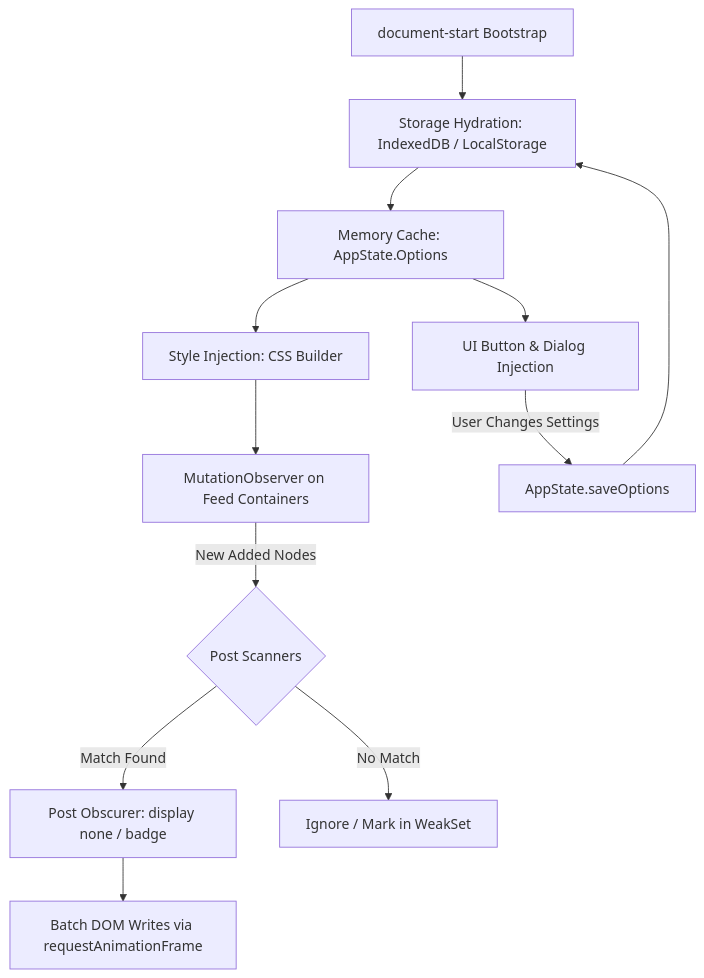
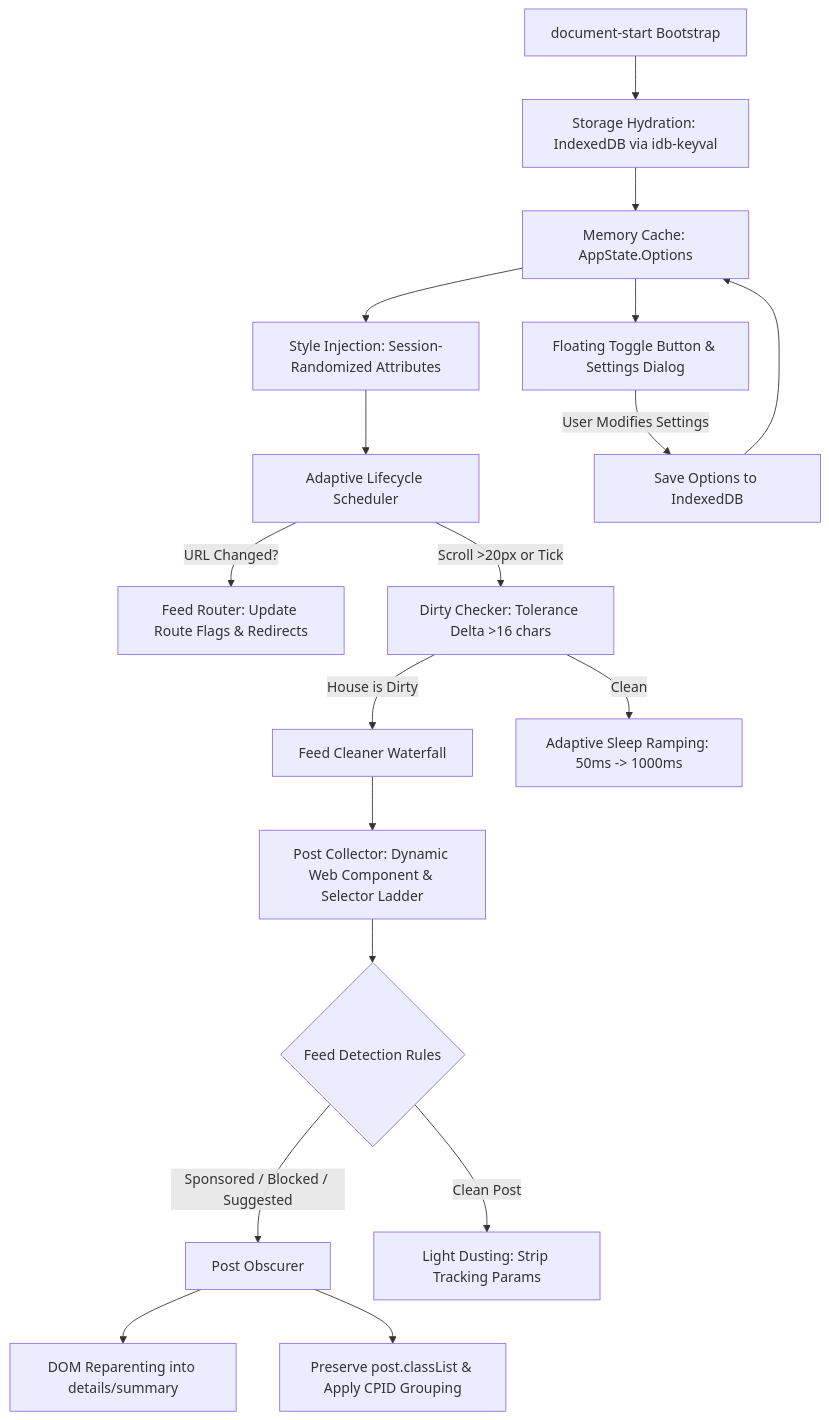
The diagram in docs/ARCHITECTURE.md (trinhquocviet/facebook-clean-my-feeds), drawn with Mermaid before and after one commit. The commit also changed other lines of this file and 34 other files, not shown here.

````diff
--- a/docs/ARCHITECTURE.md
+++ b/docs/ARCHITECTURE.md
@@ -7,14 +9,20 @@
 ```mermaid
 flowchart TD
-    A[document-start Bootstrap] --> B[Storage Hydration: IndexedDB / LocalStorage]
+    A[document-start Bootstrap] --> B[Storage Hydration: IndexedDB via idb-keyval]
     B --> C[Memory Cache: AppState.Options]
-    C --> D[Style Injection: CSS Builder]
-    C --> E[UI Button & Dialog Injection]
-    D --> F[MutationObserver on Feed Containers]
-    F -->|New Added Nodes| G{Post Scanners}
-    G -->|Match Found| H[Post Obscurer: display none / badge]
-    G -->|No Match| I[Ignore / Mark in WeakSet]
-    H --> J[Batch DOM Writes via requestAnimationFrame]
-    E -->|User Changes Settings| K[AppState.saveOptions]
-    K --> B
+    C --> D[Style Injection: Session-Randomized Attributes]
+    C --> E[Floating Toggle Button & Settings Dialog]
+    D --> F[Adaptive Lifecycle Scheduler]
+    F -->|URL Changed?| G[Feed Router: Update Route Flags & Redirects]
+    F -->|Scroll >20px or Tick| H[Dirty Checker: Tolerance Delta >16 chars]
+    H -->|House is Dirty| I[Feed Cleaner Waterfall]
+    H -->|Clean| J[Adaptive Sleep Ramping: 50ms -> 1000ms]
+    I --> K[Post Collector: Dynamic Web Component & Selector Ladder]
+    K --> L{Feed Detection Rules}
+    L -->|Sponsored / Blocked / Suggested| M[Post Obscurer]
+    L -->|Clean Post| N[Light Dusting: Strip Tracking Params]
+    M --> O[DOM Reparenting into details/summary]
+    M --> P[Preserve post.classList & Apply CPID Grouping]
+    E -->|User Modifies Settings| Q[Save Options to IndexedDB]
+    Q --> C
 ```
````
